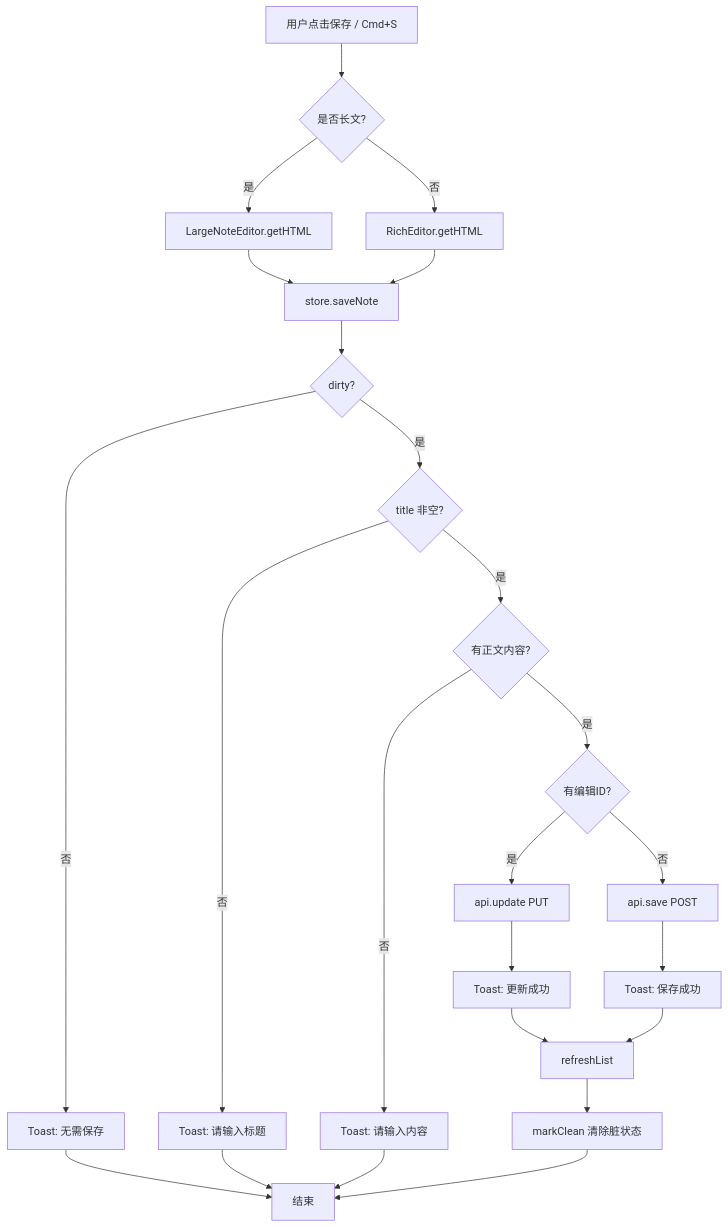
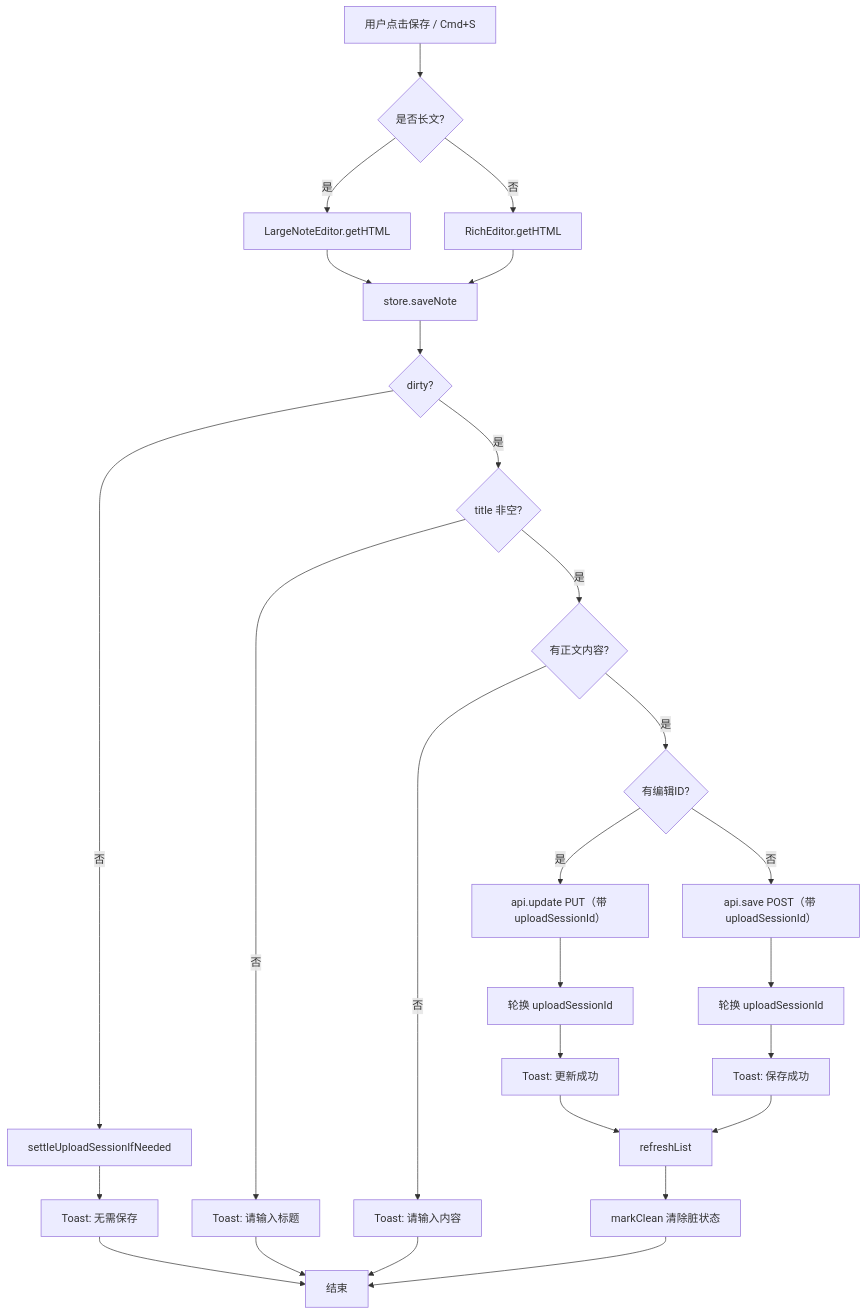
Before and after one commit to dnhyxc/dnhyxc-ai-plugins: the second of 4 diagrams in docs/learning-notes.md, drawn with Mermaid. The commit also changed other lines of this file and 14 other files, not shown here.

````diff
--- a/docs/learning-notes.md
+++ b/docs/learning-notes.md
@@ -98,26 +101,29 @@
 ```mermaid
 flowchart TD
     A[用户点击保存 / Cmd+S] --> B{是否长文?}
     B -->|是| C[LargeNoteEditor.getHTML]
     B -->|否| D[RichEditor.getHTML]
     C --> E[store.saveNote]
     D --> E
     E --> F{dirty?}
-    F -->|否| G[Toast: 无需保存]
+    F -->|否| F2[settleUploadSessionIfNeeded]
+    F2 --> G[Toast: 无需保存]
     F -->|是| H{title 非空?}
     H -->|否| I[Toast: 请输入标题]
     H -->|是| J{有正文内容?}
     J -->|否| K[Toast: 请输入内容]
     J -->|是| L{有编辑ID?}
-    L -->|是| M[api.update PUT]
-    L -->|否| N[api.save POST]
-    M --> O[Toast: 更新成功]
-    N --> P[Toast: 保存成功]
+    L -->|是| M[api.update PUT（带 uploadSessionId）]
+    L -->|否| N[api.save POST（带 uploadSessionId）]
+    M --> M2[轮换 uploadSessionId]
+    N --> N2[轮换 uploadSessionId]
+    M2 --> O[Toast: 更新成功]
+    N2 --> P[Toast: 保存成功]
     O --> Q[refreshList]
     P --> Q
     Q --> R[markClean 清除脏状态]
     G --> S[结束]
     I --> S
     K --> S
     R --> S
 ```
````
